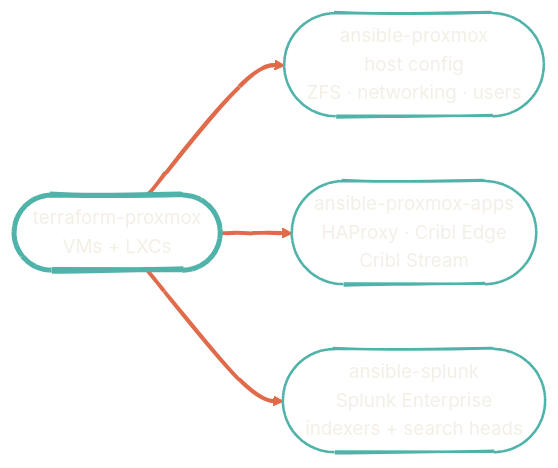
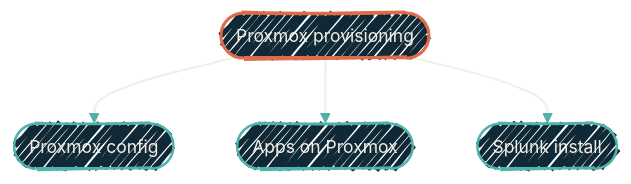
One commit to dryvist/docs changed the diagram in configuration/overview.mdx. Above: the diagram before and after it, drawn with Mermaid. The commit also changed other lines of this file and 45 other files, not shown here.

````diff
--- a/configuration/overview.mdx
+++ b/configuration/overview.mdx
@@ -13,14 +16,20 @@
 ```mermaid
-%%{init: {'theme':'base','look':'handDrawn','themeVariables':{'primaryColor':'#4FB3A9','primaryTextColor':'#F4EFE6','primaryBorderColor':'#2F7E78','lineColor':'#E06B4A','secondaryColor':'#102937','tertiaryColor':'#0B1D2A','clusterBkg':'transparent','clusterBorder':'#4FB3A9','fontFamily':'Geist','fontSize':'15px'}}}%%
-flowchart LR
-  TF(["terraform-proxmox<br/>VMs + LXCs"]) --> AP(["ansible-proxmox<br/>host config<br/>ZFS · networking · users"])
-  TF --> APA(["ansible-proxmox-apps<br/>HAProxy · Cribl Edge<br/>Cribl Stream"])
-  TF --> AS(["ansible-splunk<br/>Splunk Enterprise<br/>indexers + search heads"])
+%%{init: {'theme':'base','look':'handDrawn','themeVariables':{'fontFamily':'Geist','fontSize':'14px','primaryColor':'#102937','primaryTextColor':'#F4EFE6','primaryBorderColor':'#4FB3A9','lineColor':'#4FB3A9','secondaryColor':'#0B1D2A','tertiaryColor':'#1A2A38','clusterBkg':'rgba(79,179,169,0.08)','clusterBorder':'#4FB3A9'}}}%%
+flowchart TB
+  TF([Proxmox provisioning])
+  AP([Proxmox config])
+  APA([Apps on Proxmox])
+  AS([Splunk install])
 
-  style TF fill:transparent,stroke:#4FB3A9,stroke-width:4px,color:#F4EFE6
-  style AP fill:transparent,stroke:#4FB3A9,stroke-width:2px,color:#F4EFE6
-  style APA fill:transparent,stroke:#4FB3A9,stroke-width:2px,color:#F4EFE6
-  style AS fill:transparent,stroke:#4FB3A9,stroke-width:2px,color:#F4EFE6
+  TF --> AP
+  TF --> APA
+  TF --> AS
 
-  linkStyle default stroke:#E06B4A,stroke-width:3px
+  classDef provision fill:#102937,stroke:#E06B4A,stroke-width:2.5px,color:#F4EFE6;
+  classDef config    fill:#102937,stroke:#4FB3A9,stroke-width:2px,color:#F4EFE6;
+
+  class TF provision
+  class AP,APA,AS config
+
+  linkStyle 0,1,2 stroke:#F4EFE6,stroke-width:1.5px;
 ```
````
